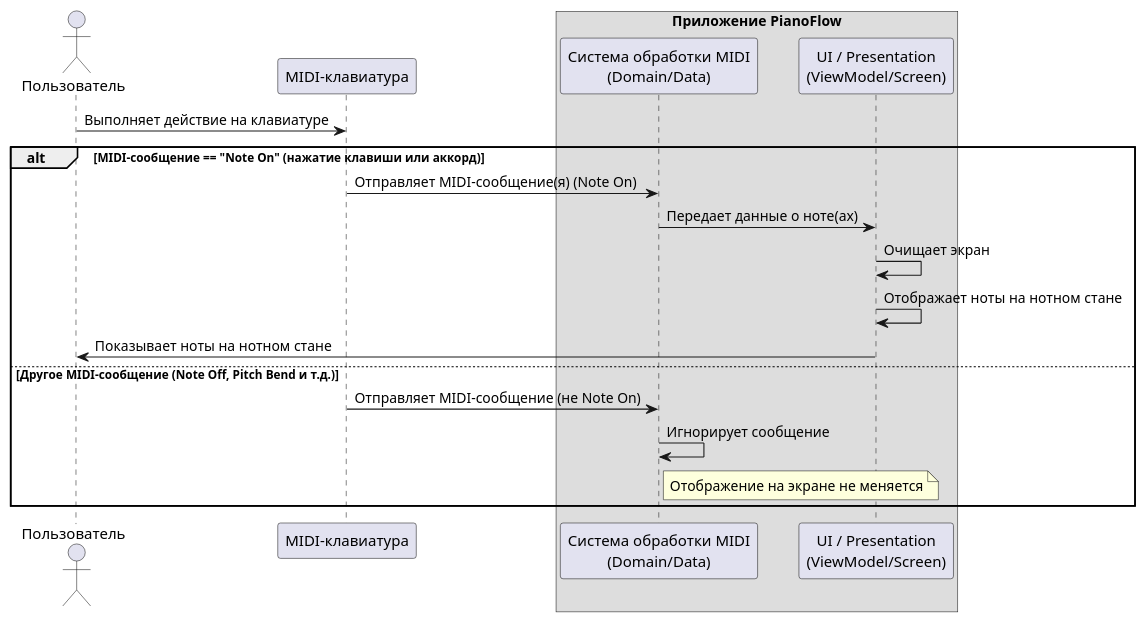
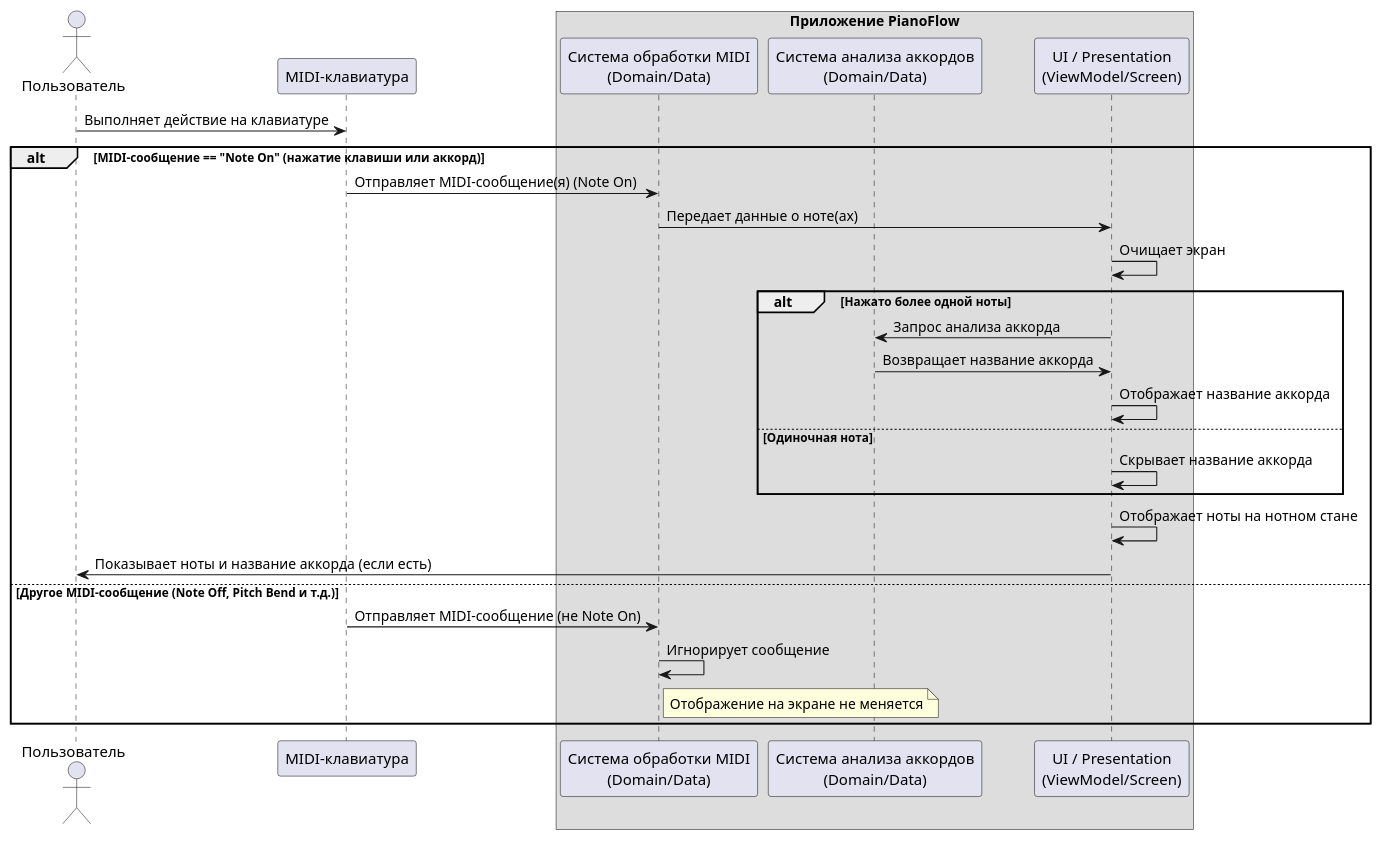
Before and after one commit to astrizhachuk/PianoFlow: the second of 2 diagrams in docs/ru/uc/MIDI_MESSAGE_PROCESSING.md, drawn with PlantUML. The commit also changed other lines of this file and 47 other files, not shown here.

````diff
--- a/docs/ru/uc/MIDI_MESSAGE_PROCESSING.md
+++ b/docs/ru/uc/MIDI_MESSAGE_PROCESSING.md
@@ -87,29 +93,40 @@
 ```plantuml
 @startuml
 actor Пользователь as User
 participant "MIDI-клавиатура" as Keyboard
 box "Приложение PianoFlow"
   participant "Система обработки MIDI\n(Domain/Data)" as MidiProcessor
+  participant "Система анализа аккордов\n(Domain/Data)" as ChordAnalyzer
   participant "UI / Presentation\n(ViewModel/Screen)" as UI
 end box
 
 User -> Keyboard : Выполняет действие на клавиатуре
 
 alt MIDI-сообщение == "Note On" (нажатие клавиши или аккорд)
 
     Keyboard -> MidiProcessor : Отправляет MIDI-сообщение(я) (Note On)
     MidiProcessor -> UI : Передает данные о ноте(ах)
+    
     UI -> UI : Очищает экран
+    
+    alt Нажато более одной ноты
+        UI -> ChordAnalyzer : Запрос анализа аккорда
+        ChordAnalyzer -> UI : Возвращает название аккорда
+        UI -> UI : Отображает название аккорда
+    else Одиночная нота
+        UI -> UI : Скрывает название аккорда
+    end
+
     UI -> UI : Отображает ноты на нотном стане
-    UI -> User : Показывает ноты на нотном стане
+    UI -> User : Показывает ноты и название аккорда (если есть)
 
 else Другое MIDI-сообщение (Note Off, Pitch Bend и т.д.)
 
     Keyboard -> MidiProcessor : Отправляет MIDI-сообщение (не Note On)
     MidiProcessor -> MidiProcessor : Игнорирует сообщение
     note right of MidiProcessor: Отображение на экране не меняется
 
 end
 
 @enduml
 ```
````
